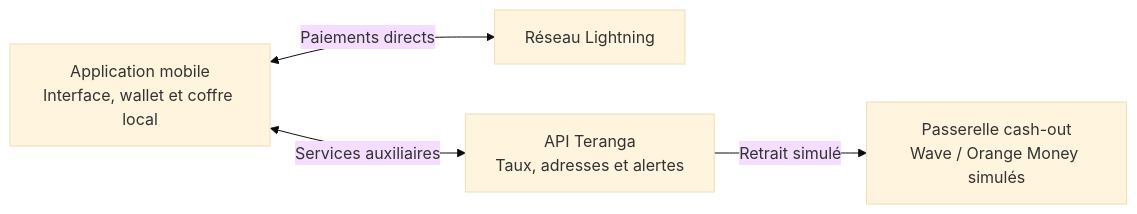
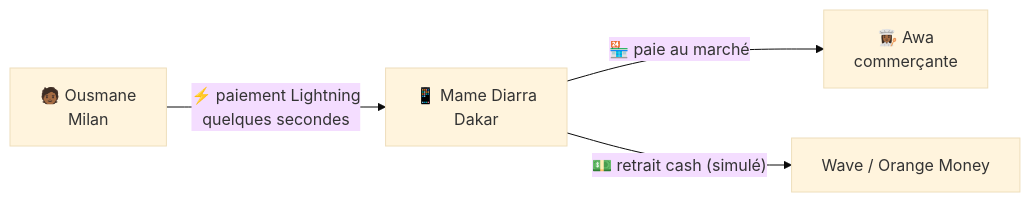
The first of 2 diagrams in README.md (PapaAmad/teranga-pay), drawn with Mermaid (base theme) before and after one commit. The commit also changed other lines of this file and 20 other files, not shown here.

````diff
--- a/README.md
+++ b/README.md
@@ -41,11 +32,6 @@
 ```mermaid
 flowchart LR
-    Mobile["Application mobile<br/>Interface, wallet et coffre local"]
-    Lightning["Réseau Lightning"]
-    API["API Teranga<br/>Taux, adresses et alertes"]
-    Bridge["Passerelle cash-out<br/>Wave / Orange Money simulés"]
-
-    Mobile <-->|Paiements directs| Lightning
-    Mobile <-->|Services auxiliaires| API
-    API -->|Retrait simulé| Bridge
+    O["🧑🏾 Ousmane<br/>Milan"] -->|"⚡ paiement Lightning<br/>quelques secondes"| M["📱 Mame Diarra<br/>Dakar"]
+    M -->|"🏪 paie au marché"| A["👩🏾‍🍳 Awa<br/>commerçante"]
+    M -->|"💵 retrait cash (simulé)"| W["Wave / Orange Money"]
 ```
````
